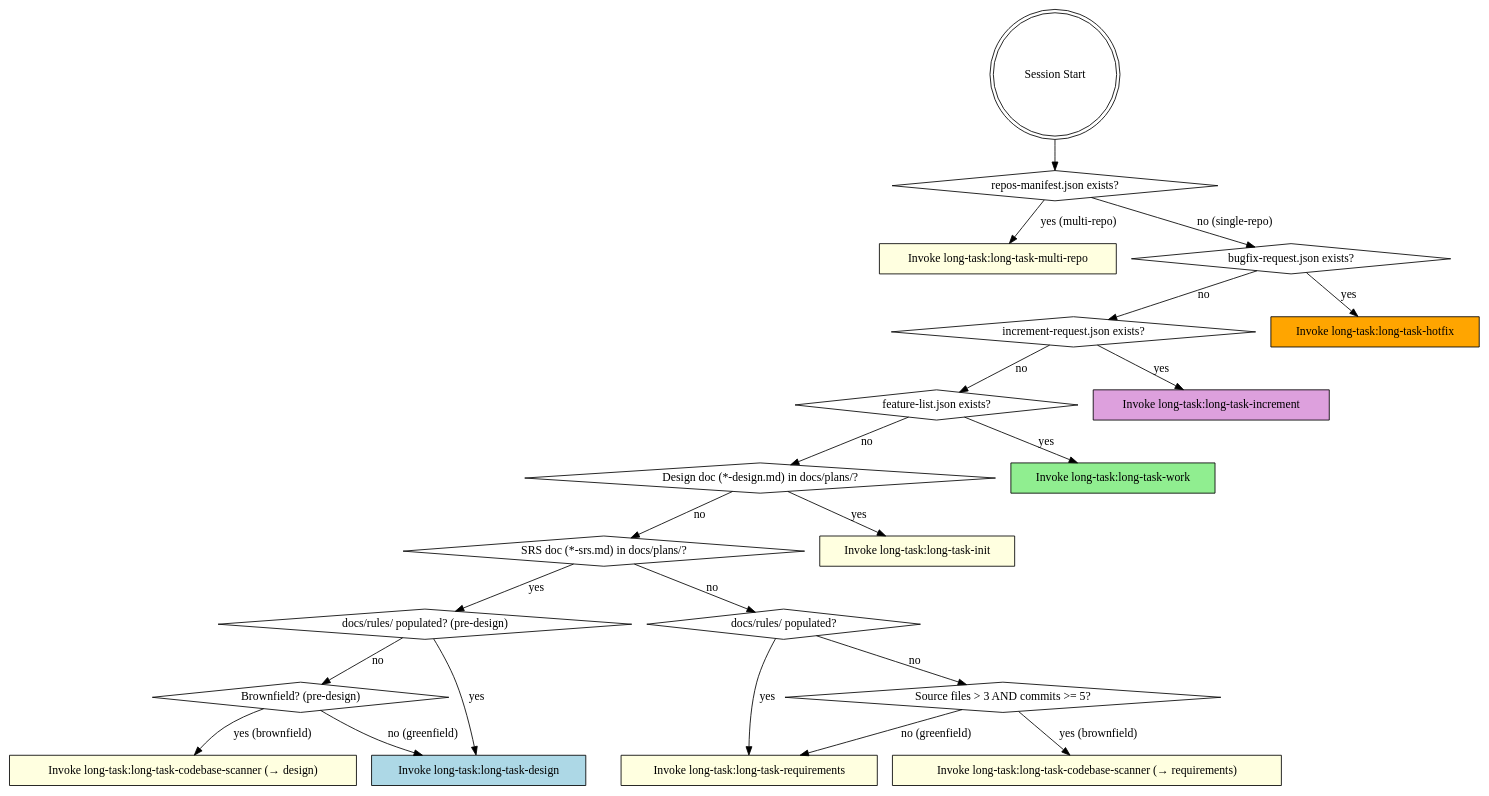
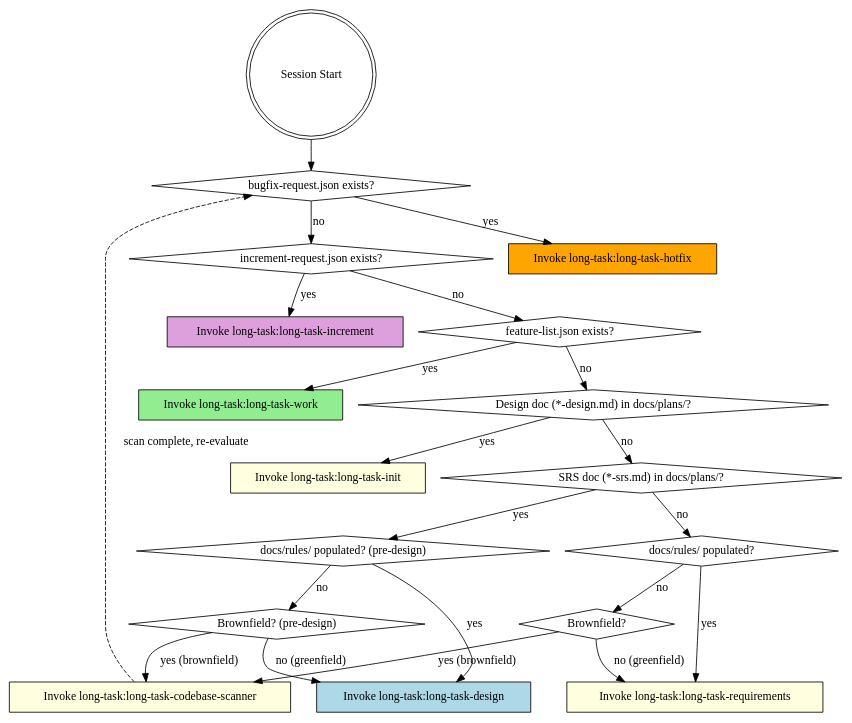
Before and after one commit to suriyel/longtaskforagent: the diagram in skills/using-long-task/SKILL.md, drawn with Graphviz. The commit also changed other lines of this file and 4 other files, not shown here.

First line of the commit message:
Simplify using-long-task router and remove --next-skill chaining from codebase-scanner

````diff
--- a/skills/using-long-task/SKILL.md
+++ b/skills/using-long-task/SKILL.md
@@ -22,47 +22,44 @@
 ```dot
 digraph phase_detection {
     "Session Start" [shape=doublecircle];
-    "repos-manifest.json exists?" [shape=diamond];
-    "Invoke long-task:long-task-multi-repo" [shape=box style=filled fillcolor=lightyellow];
     "bugfix-request.json exists?" [shape=diamond];
     "increment-request.json exists?" [shape=diamond];
     "feature-list.json exists?" [shape=diamond];
     "Design doc (*-design.md) in docs/plans/?" [shape=diamond];
     "SRS doc (*-srs.md) in docs/plans/?" [shape=diamond];
     "docs/rules/ populated? (pre-design)" [shape=diamond];
     "Brownfield? (pre-design)" [shape=diamond];
     "docs/rules/ populated?" [shape=diamond];
-    "Source files > 3 AND commits >= 5?" [shape=diamond];
+    "Brownfield?" [shape=diamond];
     "Invoke long-task:long-task-hotfix" [shape=box style=filled fillcolor=orange];
     "Invoke long-task:long-task-increment" [shape=box style=filled fillcolor=plum];
     "Invoke long-task:long-task-requirements" [shape=box style=filled fillcolor=lightyellow];
-    "Invoke long-task:long-task-codebase-scanner (→ requirements)" [shape=box style=filled fillcolor=lightyellow];
-    "Invoke long-task:long-task-codebase-scanner (→ design)" [shape=box style=filled fillcolor=lightyellow];
+    "Invoke long-task:long-task-codebase-scanner" [shape=box style=filled fillcolor=lightyellow];
     "Invoke long-task:long-task-design" [shape=box style=filled fillcolor=lightblue];
     "Invoke long-task:long-task-init" [shape=box style=filled fillcolor=lightyellow];
     "Invoke long-task:long-task-work" [shape=box style=filled fillcolor=lightgreen];
 
-    "Session Start" -> "repos-manifest.json exists?";
-    "repos-manifest.json exists?" -> "Invoke long-task:long-task-multi-repo" [label="yes (multi-repo)"];
-    "repos-manifest.json exists?" -> "bugfix-request.json exists?" [label="no (single-repo)"];
+    "Session Start" -> "bugfix-request.json exists?";
 
     "bugfix-request.json exists?" -> "Invoke long-task:long-task-hotfix" [label="yes"];
     "bugfix-request.json exists?" -> "increment-request.json exists?" [label="no"];
     "increment-request.json exists?" -> "Invoke long-task:long-task-increment" [label="yes"];
     "increment-request.json exists?" -> "feature-list.json exists?" [label="no"];
     "feature-list.json exists?" -> "Invoke long-task:long-task-work" [label="yes"];
     "feature-list.json exists?" -> "Design doc (*-design.md) in docs/plans/?" [label="no"];
     "Design doc (*-design.md) in docs/plans/?" -> "Invoke long-task:long-task-init" [label="yes"];
     "Design doc (*-design.md) in docs/plans/?" -> "SRS doc (*-srs.md) in docs/plans/?" [label="no"];
     "SRS doc (*-srs.md) in docs/plans/?" -> "docs/rules/ populated? (pre-design)" [label="yes"];
     "docs/rules/ populated? (pre-design)" -> "Invoke long-task:long-task-design" [label="yes"];
     "docs/rules/ populated? (pre-design)" -> "Brownfield? (pre-design)" [label="no"];
-    "Brownfield? (pre-design)" -> "Invoke long-task:long-task-codebase-scanner (→ design)" [label="yes (brownfield)"];
+    "Brownfield? (pre-design)" -> "Invoke long-task:long-task-codebase-scanner" [label="yes (brownfield)"];
     "Brownfield? (pre-design)" -> "Invoke long-task:long-task-design" [label="no (greenfield)"];
     "SRS doc (*-srs.md) in docs/plans/?" -> "docs/rules/ populated?" [label="no"];
     "docs/rules/ populated?" -> "Invoke long-task:long-task-requirements" [label="yes"];
-    "docs/rules/ populated?" -> "Source files > 3 AND commits >= 5?" [label="no"];
-    "Source files > 3 AND commits >= 5?" -> "Invoke long-task:long-task-codebase-scanner (→ requirements)" [label="yes (brownfield)"];
-    "Source files > 3 AND commits >= 5?" -> "Invoke long-task:long-task-requirements" [label="no (greenfield)"];
+    "docs/rules/ populated?" -> "Brownfield?" [label="no"];
+    "Brownfield?" -> "Invoke long-task:long-task-codebase-scanner" [label="yes (brownfield)"];
+    "Brownfield?" -> "Invoke long-task:long-task-requirements" [label="no (greenfield)"];
+
+    "Invoke long-task:long-task-codebase-scanner" -> "bugfix-request.json exists?" [label="scan complete, re-evaluate" style=dashed];
 }
 ```
````
